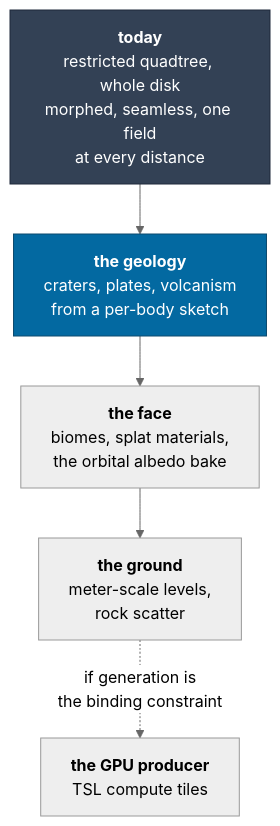
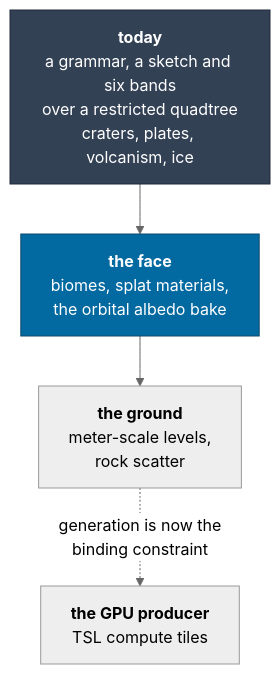
One commit to jonjaques/inertialref changed the second of 3 diagrams in docs/roadmap.md. Above: the diagram before and after it, drawn with Mermaid (neutral theme). The commit also changed other lines of this file and 65 other files, not shown here.

First line of the commit message:
The ground is a geology, not three bands of noise (#34)

````diff
--- a/docs/roadmap.md
+++ b/docs/roadmap.md
@@ -114,14 +114,13 @@
 ```mermaid
 flowchart TB
-    NOW["<b>today</b><br/>restricted quadtree, whole disk<br/>morphed, seamless, one field<br/>at every distance"]
-    C["<b>the geology</b><br/>craters, plates, volcanism<br/>from a per-body sketch"]
+    NOW["<b>today</b><br/>a grammar, a sketch and six bands<br/>over a restricted quadtree<br/>craters, plates, volcanism, ice"]
     D["<b>the face</b><br/>biomes, splat materials,<br/>the orbital albedo bake"]
     E["<b>the ground</b><br/>meter-scale levels,<br/>rock scatter"]
     F["<b>the GPU producer</b><br/>TSL compute tiles"]
 
-    NOW --> C --> D --> E
-    E -.->|"if generation is<br/>the binding constraint"| F
+    NOW --> D --> E
+    E -.->|"generation is now the<br/>binding constraint"| F
 
     style NOW fill:#334155,stroke:#1e293b,color:#fff
-    style C fill:#0369a1,stroke:#0c4a6e,color:#fff
+    style D fill:#0369a1,stroke:#0c4a6e,color:#fff
 ```
````
